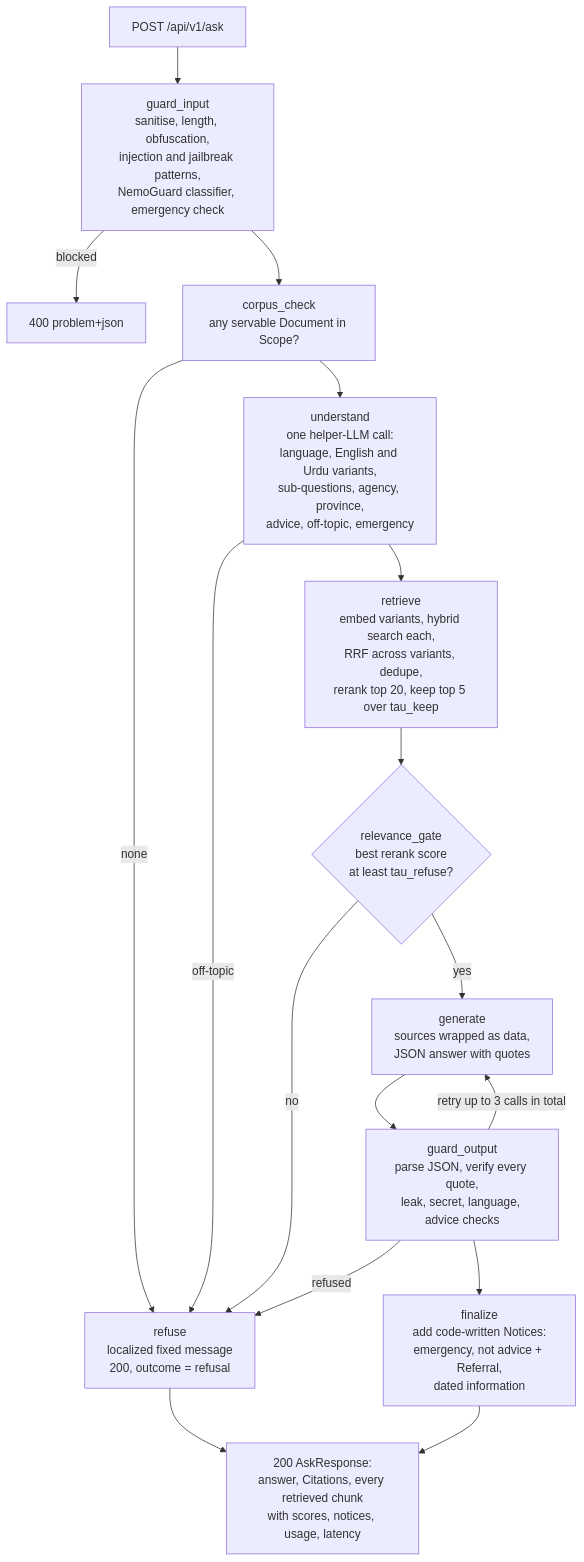
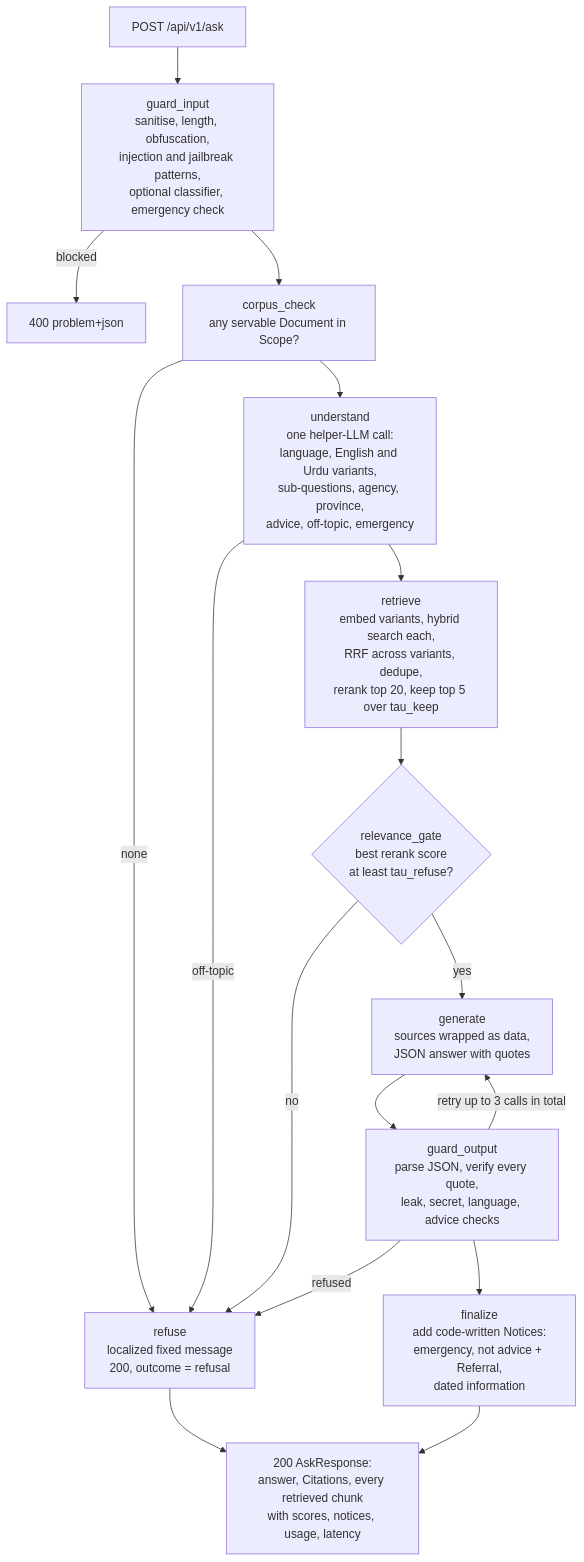
One commit to SarmadRazaq/pakistan-citizen-services-rag changed the third of 3 diagrams in DESIGN.md. Above: the diagram before and after it, drawn with Mermaid. The commit also changed other lines of this file and 1 other file, not shown here.

````diff
--- a/DESIGN.md
+++ b/DESIGN.md
@@ -258,19 +260,19 @@
 ```mermaid
 flowchart TD
-  A[POST /api/v1/ask] --> GI[guard_input<br/>sanitise, length, obfuscation,<br/>injection and jailbreak patterns,<br/>NemoGuard classifier, emergency check]
+  A[POST /api/v1/ask] --> GI[guard_input<br/>sanitise, length, obfuscation,<br/>injection and jailbreak patterns,<br/>optional classifier, emergency check]
   GI -- blocked --> E400[400 problem+json]
   GI --> CC[corpus_check<br/>any servable Document in Scope?]
   CC -- none --> RF
   CC --> UN[understand<br/>one helper-LLM call:<br/>language, English and Urdu variants,<br/>sub-questions, agency, province,<br/>advice, off-topic, emergency]
   UN -- off-topic --> RF
   UN --> RT[retrieve<br/>embed variants, hybrid search each,<br/>RRF across variants, dedupe,<br/>rerank top 20, keep top 5 over tau_keep]
   RT --> GT{relevance_gate<br/>best rerank score<br/>at least tau_refuse?}
   GT -- no --> RF
   GT -- yes --> GE[generate<br/>sources wrapped as data,<br/>JSON answer with quotes]
   GE --> GO[guard_output<br/>parse JSON, verify every quote,<br/>leak, secret, language, advice checks]
   GO -- retry up to 3 calls in total --> GE
   GO -- refused --> RF
   GO --> FN[finalize<br/>add code-written Notices:<br/>emergency, not advice + Referral,<br/>dated information]
   FN --> OUT[200 AskResponse:<br/>answer, Citations, every retrieved chunk<br/>with scores, notices, usage, latency]
   RF[refuse<br/>localized fixed message<br/>200, outcome = refusal] --> OUT
 ```
````
